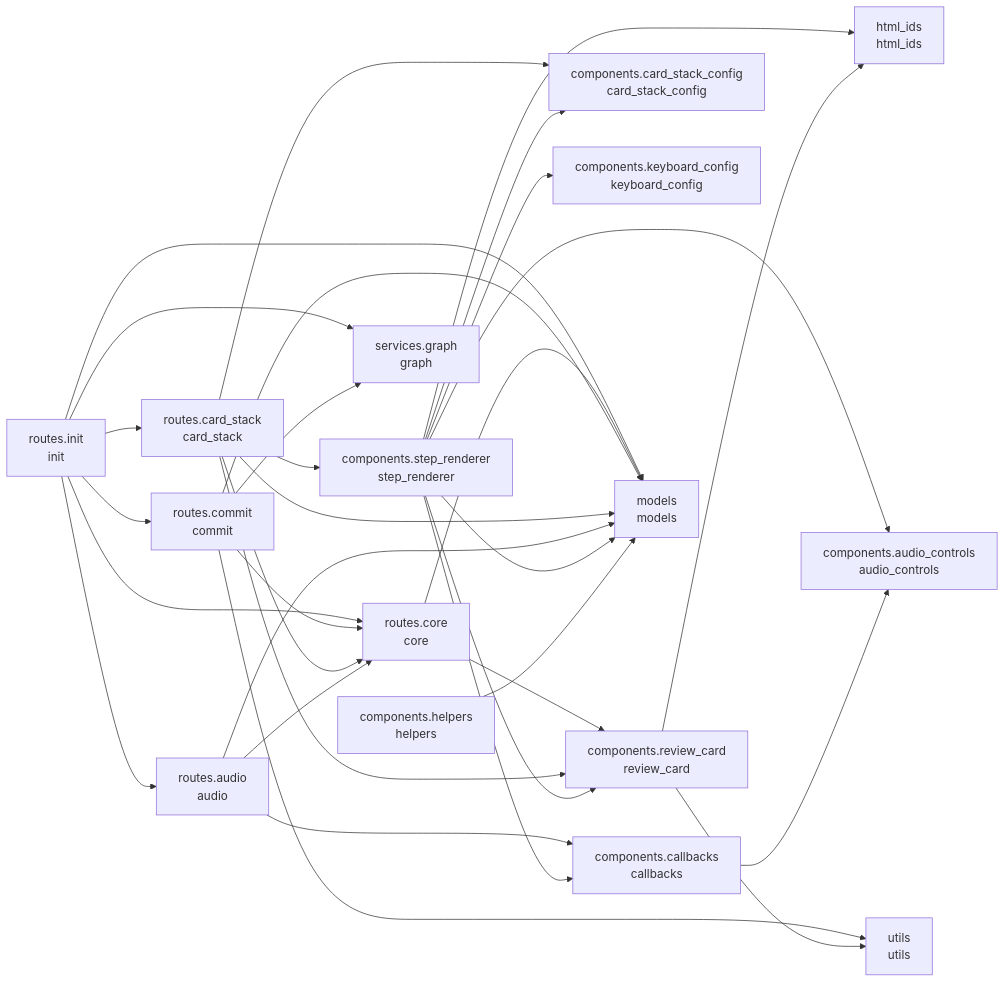
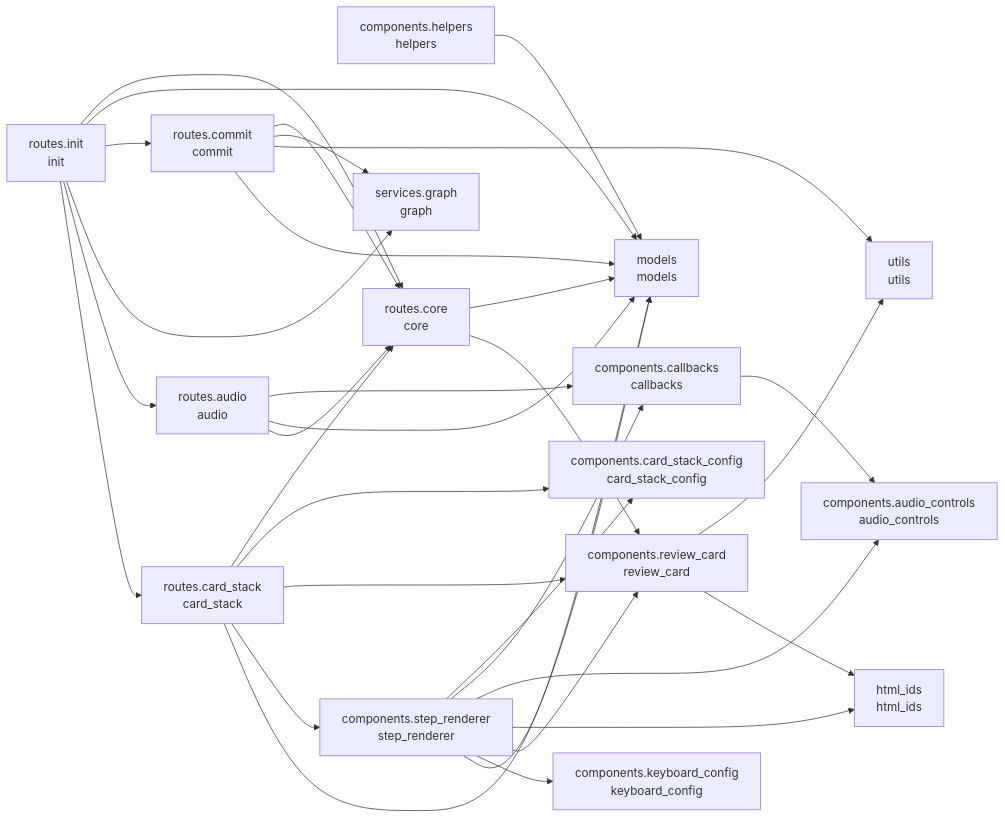
One commit to cj-mills/cjm-transcript-review changed the diagram in README.md. Above: the diagram before and after it, drawn with Mermaid. The commit also changed other lines of this file and 3 other files, not shown here.

````diff
--- a/README.md
+++ b/README.md
@@ -39,51 +39,51 @@
 ``` mermaid
 graph LR
     components_audio_controls[components.audio_controls<br/>audio_controls]
     components_callbacks[components.callbacks<br/>callbacks]
     components_card_stack_config[components.card_stack_config<br/>card_stack_config]
     components_helpers[components.helpers<br/>helpers]
     components_keyboard_config[components.keyboard_config<br/>keyboard_config]
     components_review_card[components.review_card<br/>review_card]
     components_step_renderer[components.step_renderer<br/>step_renderer]
     html_ids[html_ids<br/>html_ids]
     models[models<br/>models]
     routes_audio[routes.audio<br/>audio]
     routes_card_stack[routes.card_stack<br/>card_stack]
     routes_commit[routes.commit<br/>commit]
     routes_core[routes.core<br/>core]
     routes_init[routes.init<br/>init]
     services_graph[services.graph<br/>graph]
     utils[utils<br/>utils]
 
     components_callbacks --> components_audio_controls
     components_helpers --> models
     components_review_card --> utils
     components_review_card --> html_ids
-    components_step_renderer --> models
     components_step_renderer --> components_card_stack_config
     components_step_renderer --> components_callbacks
+    components_step_renderer --> components_audio_controls
+    components_step_renderer --> html_ids
+    components_step_renderer --> components_review_card
     components_step_renderer --> components_keyboard_config
-    components_step_renderer --> components_review_card
-    components_step_renderer --> html_ids
-    components_step_renderer --> components_audio_controls
+    components_step_renderer --> models
+    routes_audio --> components_callbacks
     routes_audio --> models
     routes_audio --> routes_core
-    routes_audio --> components_callbacks
-    routes_card_stack --> models
     routes_card_stack --> routes_core
-    routes_card_stack --> components_step_renderer
     routes_card_stack --> components_card_stack_config
     routes_card_stack --> components_review_card
+    routes_card_stack --> components_step_renderer
+    routes_card_stack --> models
+    routes_commit --> routes_core
+    routes_commit --> services_graph
+    routes_commit --> utils
     routes_commit --> models
-    routes_commit --> utils
-    routes_commit --> services_graph
-    routes_commit --> routes_core
     routes_core --> models
     routes_core --> components_review_card
+    routes_init --> routes_core
     routes_init --> models
-    routes_init --> routes_core
+    routes_init --> routes_commit
     routes_init --> services_graph
+    routes_init --> routes_audio
     routes_init --> routes_card_stack
-    routes_init --> routes_commit
-    routes_init --> routes_audio
 ```
````
